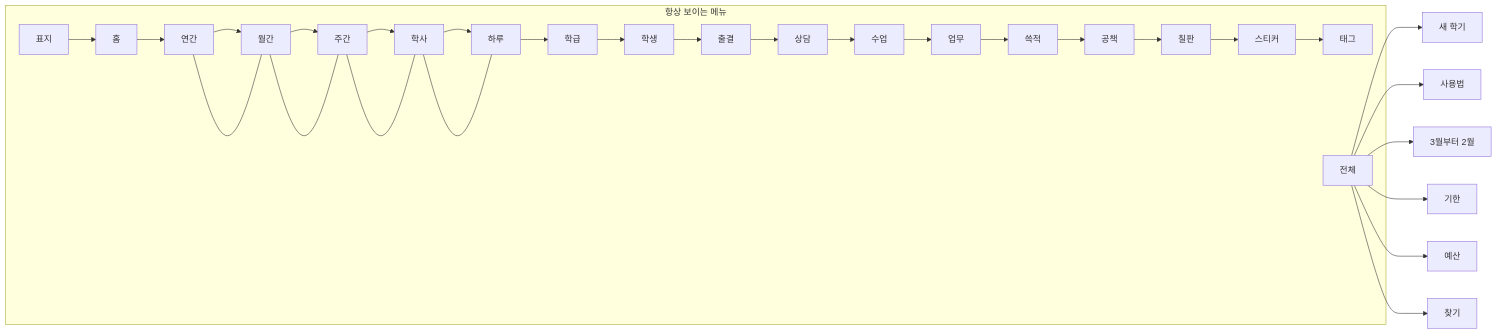
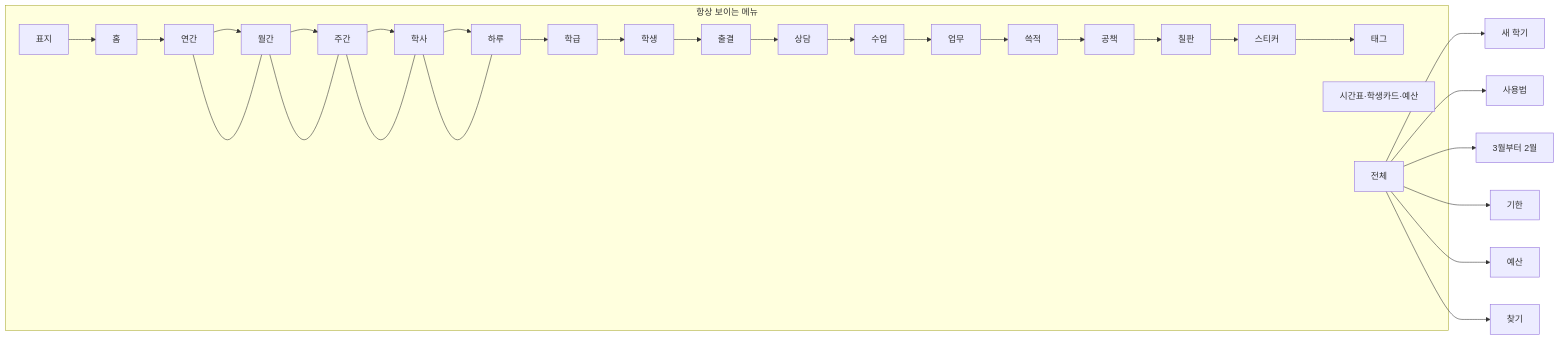
One commit to dmlwjd85/All-in-One-Home changed the first of 2 diagrams in docs/nav-map.md. Above: the diagram before and after it, drawn with Mermaid. The commit also changed other lines of this file and 8 other files, not shown here.

````diff
--- a/docs/nav-map.md
+++ b/docs/nav-map.md
@@ -40,54 +42,55 @@
 ```mermaid
 flowchart LR
   subgraph bar [항상 보이는 메뉴]
     cover[표지]
     home[홈]
     year[연간]
     month[월간]
     week[주간]
     schedule[학사]
     day[하루]
     klass[학급]
     students[학생]
     attend[출결]
     counsel[상담]
     lesson[수업]
     work[업무]
     write[쓱적]
     notebook[공책]
     board[칠판]
     stickers[스티커]
     tags[태그]
+    pins[시간표·학생카드·예산]
     all[전체]
   end
 
   cover --> home
   home --> year
   year --> month
   month --> week
   week --> schedule
   schedule --> day
   day --> klass
   klass --> students
   students --> attend
   attend --> counsel
   counsel --> lesson
   lesson --> work
   work --> write
   write --> notebook
   notebook --> board
   board --> stickers
   stickers --> tags
 
   year --- month
   month --- week
   week --- schedule
   schedule --- day
 
   all --> prep[새 학기]
   all --> guide[사용법]
   all --> months[3월부터 2월]
   all --> deadlines[기한]
   all --> budget[예산]
   all --> search[찾기]
 ```
````
